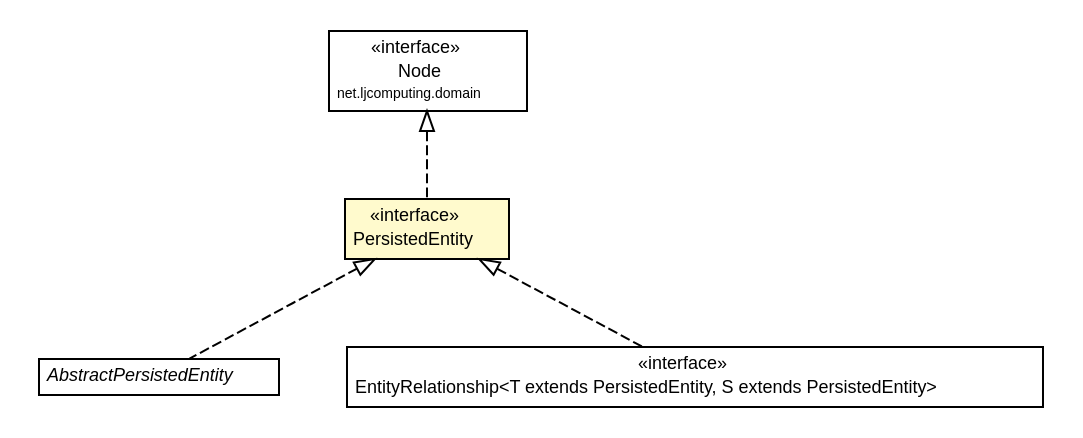
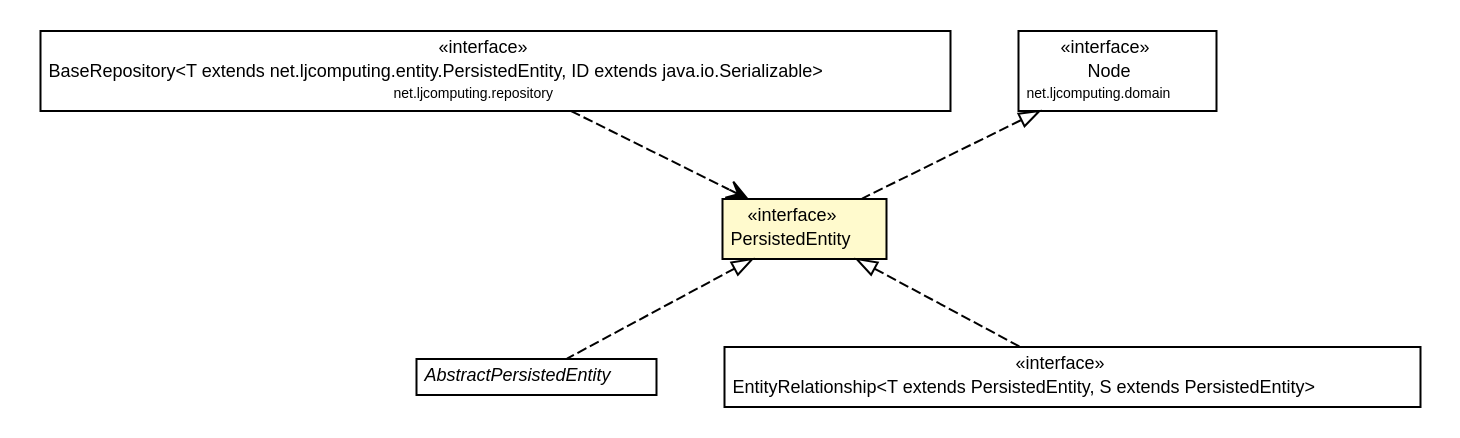
One commit to willmorejg/net.ljcomputing.entity changed the diagram in docs/javadoc/apidocs/net/ljcomputing/entity/PersistedEntity.dot. Above: the diagram before and after it, drawn with Graphviz. The commit also changed 41 other files, not shown here.

```diff
--- a/docs/javadoc/apidocs/net/ljcomputing/entity/PersistedEntity.dot
+++ b/docs/javadoc/apidocs/net/ljcomputing/entity/PersistedEntity.dot
@@ -1,46 +1,56 @@
 #!/usr/local/bin/dot
 #
 # Class diagram 
 # Generated by UMLGraph version R5_6 (http://www.umlgraph.org/)
 #
 
 digraph G {
 	edge [fontname="Helvetica",fontsize=10,labelfontname="Helvetica",labelfontsize=10];
 	node [fontname="Helvetica",fontsize=10,shape=plaintext];
 	nodesep=0.25;
 	ranksep=0.5;
+	// net.ljcomputing.repository.BaseRepository<T extends net.ljcomputing.entity.PersistedEntity, ID extends java.io.Serializable>
+	c81 [label=<<table title="net.ljcomputing.repository.BaseRepository" border="0" cellborder="1" cellspacing="0" cellpadding="2" port="p" href="../repository/BaseRepository.html">
+		<tr><td><table border="0" cellspacing="0" cellpadding="1">
+<tr><td align="center" balign="center"> &#171;interface&#187; </td></tr>
+<tr><td align="center" balign="center"> BaseRepository&lt;T extends net.ljcomputing.entity.PersistedEntity, ID extends java.io.Serializable&gt; </td></tr>
+<tr><td align="center" balign="center"><font point-size="7.0"> net.ljcomputing.repository </font></td></tr>
+		</table></td></tr>
+		</table>>, URL="../repository/BaseRepository.html", fontname="Helvetica", fontcolor="black", fontsize=9.0];
 	// net.ljcomputing.entity.AbstractPersistedEntity
-	c51 [label=<<table title="net.ljcomputing.entity.AbstractPersistedEntity" border="0" cellborder="1" cellspacing="0" cellpadding="2" port="p" href="./AbstractPersistedEntity.html">
+	c82 [label=<<table title="net.ljcomputing.entity.AbstractPersistedEntity" border="0" cellborder="1" cellspacing="0" cellpadding="2" port="p" href="./AbstractPersistedEntity.html">
 		<tr><td><table border="0" cellspacing="0" cellpadding="1">
 <tr><td align="center" balign="center"><font face="Helvetica-Oblique"> AbstractPersistedEntity </font></td></tr>
 		</table></td></tr>
 		</table>>, URL="./AbstractPersistedEntity.html", fontname="Helvetica", fontcolor="black", fontsize=9.0];
 	// net.ljcomputing.entity.EntityRelationship<T extends net.ljcomputing.entity.PersistedEntity, S extends net.ljcomputing.entity.PersistedEntity>
-	c52 [label=<<table title="net.ljcomputing.entity.EntityRelationship" border="0" cellborder="1" cellspacing="0" cellpadding="2" port="p" href="./EntityRelationship.html">
+	c83 [label=<<table title="net.ljcomputing.entity.EntityRelationship" border="0" cellborder="1" cellspacing="0" cellpadding="2" port="p" href="./EntityRelationship.html">
 		<tr><td><table border="0" cellspacing="0" cellpadding="1">
 <tr><td align="center" balign="center"> &#171;interface&#187; </td></tr>
 <tr><td align="center" balign="center"> EntityRelationship&lt;T extends PersistedEntity, S extends PersistedEntity&gt; </td></tr>
 		</table></td></tr>
 		</table>>, URL="./EntityRelationship.html", fontname="Helvetica", fontcolor="black", fontsize=9.0];
 	// net.ljcomputing.entity.PersistedEntity
-	c54 [label=<<table title="net.ljcomputing.entity.PersistedEntity" border="0" cellborder="1" cellspacing="0" cellpadding="2" port="p" bgcolor="lemonChiffon" href="./PersistedEntity.html">
+	c85 [label=<<table title="net.ljcomputing.entity.PersistedEntity" border="0" cellborder="1" cellspacing="0" cellpadding="2" port="p" bgcolor="lemonChiffon" href="./PersistedEntity.html">
 		<tr><td><table border="0" cellspacing="0" cellpadding="1">
 <tr><td align="center" balign="center"> &#171;interface&#187; </td></tr>
 <tr><td align="center" balign="center"> PersistedEntity </td></tr>
 		</table></td></tr>
 		</table>>, URL="./PersistedEntity.html", fontname="Helvetica", fontcolor="black", fontsize=9.0];
 	// net.ljcomputing.domain.Node
-	c56 [label=<<table title="net.ljcomputing.domain.Node" border="0" cellborder="1" cellspacing="0" cellpadding="2" port="p" href="../domain/Node.html">
+	c87 [label=<<table title="net.ljcomputing.domain.Node" border="0" cellborder="1" cellspacing="0" cellpadding="2" port="p" href="../domain/Node.html">
 		<tr><td><table border="0" cellspacing="0" cellpadding="1">
 <tr><td align="center" balign="center"> &#171;interface&#187; </td></tr>
 <tr><td align="center" balign="center"> Node </td></tr>
 <tr><td align="center" balign="center"><font point-size="7.0"> net.ljcomputing.domain </font></td></tr>
 		</table></td></tr>
 		</table>>, URL="../domain/Node.html", fontname="Helvetica", fontcolor="black", fontsize=9.0];
 	//net.ljcomputing.entity.AbstractPersistedEntity implements net.ljcomputing.entity.PersistedEntity
-	c54:p -> c51:p [dir=back,arrowtail=empty,style=dashed];
+	c85:p -> c82:p [dir=back,arrowtail=empty,style=dashed];
 	//net.ljcomputing.entity.EntityRelationship<T extends net.ljcomputing.entity.PersistedEntity, S extends net.ljcomputing.entity.PersistedEntity> implements net.ljcomputing.entity.PersistedEntity
-	c54:p -> c52:p [dir=back,arrowtail=empty,style=dashed];
+	c85:p -> c83:p [dir=back,arrowtail=empty,style=dashed];
 	//net.ljcomputing.entity.PersistedEntity implements net.ljcomputing.domain.Node
-	c56:p -> c54:p [dir=back,arrowtail=empty,style=dashed];
+	c87:p -> c85:p [dir=back,arrowtail=empty,style=dashed];
+	// net.ljcomputing.repository.BaseRepository<T extends net.ljcomputing.entity.PersistedEntity, ID extends java.io.Serializable> DEPEND net.ljcomputing.entity.PersistedEntity
+	c81:p -> c85:p [taillabel="", label="", headlabel="", fontname="Helvetica", fontcolor="black", fontsize=10.0, color="black", arrowhead=open, style=dashed];
 }
```
